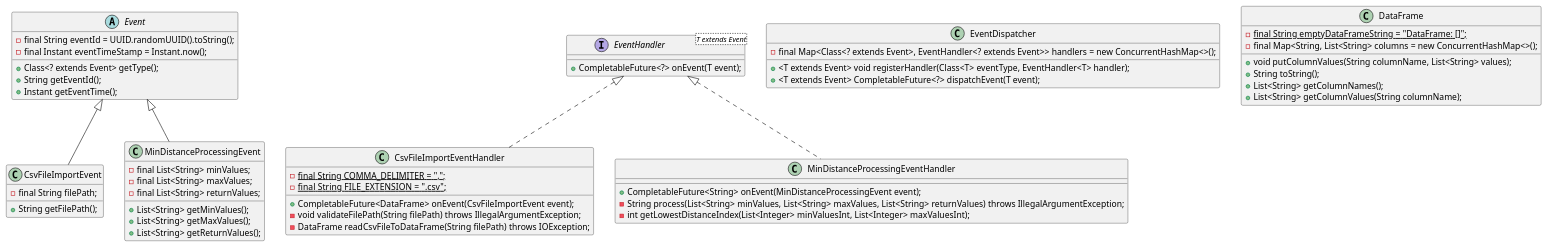
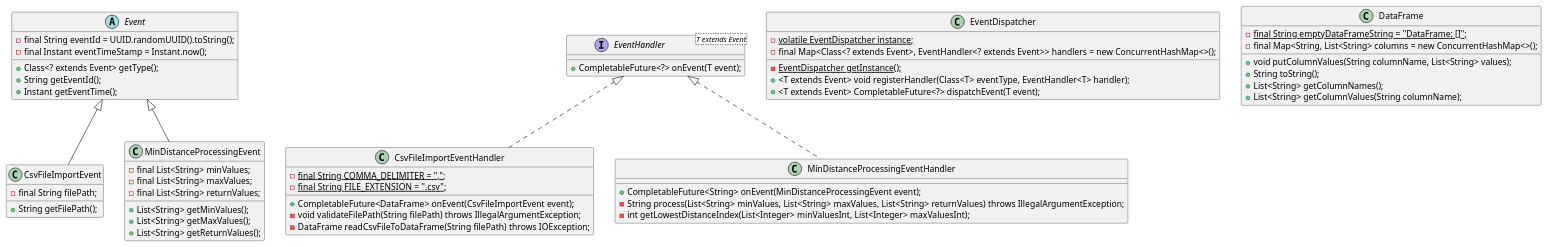
The diagram in docs/architecture.puml (lgndluke/programming-challenge), drawn with PlantUML before and after one commit.

Commit message:
docs(docs/): Added Singleton architecture to EventDispatcher class in architecture.puml.

```diff
--- a/docs/architecture.puml
+++ b/docs/architecture.puml
@@ -1,85 +1,87 @@
 @startuml
 
 ' =======================================================================
 ' Framework - Event driven architecture pattern:
 '
 ' Reference Link:
 ' https://github.com/iluwatar/java-design-patterns/blob/master/event-driven-architecture/README.md
 ' =======================================================================
 
 abstract class Event
 {
     - {field} final String eventId = UUID.randomUUID().toString();
     - {field} final Instant eventTimeStamp = Instant.now();
     + {method} Class<? extends Event> getType();
     + {method} String getEventId();
     + {method} Instant getEventTime();
 }
 
 interface EventHandler<T extends Event>
 {
     + {method} CompletableFuture<?> onEvent(T event);
 }
 
 class EventDispatcher
 {
+    - {field} {static} volatile EventDispatcher instance;
     - {field} final Map<Class<? extends Event>, EventHandler<? extends Event>> handlers = new ConcurrentHashMap<>();
+    - {method} {static} EventDispatcher getInstance();
     + {method} <T extends Event> void registerHandler(Class<T> eventType, EventHandler<T> handler);
     + {method} <T extends Event> CompletableFuture<?> dispatchEvent(T event);
 }
 
 ' =======================================================================
 ' Event / Concern 1 - Importing the .csv file contents:
 ' =======================================================================
 
 class CsvFileImportEvent extends Event
 {
     - {field} final String filePath;
     + {method} String getFilePath();
 }
 
 class CsvFileImportEventHandler implements EventHandler<CsvFileImportEvent>
 {
     - {field} {static} final String COMMA_DELIMITER = ",";
     - {field} {static} final String FILE_EXTENSION  = ".csv";
     + {method} CompletableFuture<DataFrame> onEvent(CsvFileImportEvent event);
     - {method} void validateFilePath(String filePath) throws IllegalArgumentException;
     - {method} DataFrame readCsvFileToDataFrame(String filePath) throws IOException;
 }
 
 ' =======================================================================
 ' Data / Concern 2 - Storing the read file contents in a data structure:
 ' =======================================================================
 
 class DataFrame
 {
     - {field} final {static} String emptyDataFrameString = "DataFrame: []";
     - {field} final Map<String, List<String> columns = new ConcurrentHashMap<>();
     + {method} void putColumnValues(String columnName, List<String> values);
     + {method} String toString();
     + {method} List<String> getColumnNames();
     + {method} List<String> getColumnValues(String columnName);
 }
 
 ' =======================================================================
 ' Event / Concern 3 - Processing converted contents:
 ' =======================================================================
 
 class MinDistanceProcessingEvent extends Event
 {
     - {field} final List<String> minValues;
     - {field} final List<String> maxValues;
     - {field} final List<String> returnValues;
     + {method} List<String> getMinValues();
     + {method} List<String> getMaxValues();
     + {method} List<String> getReturnValues();
 }
 
 class MinDistanceProcessingEventHandler implements EventHandler<MinDistanceProcessingEvent>
 {
     + {method} CompletableFuture<String> onEvent(MinDistanceProcessingEvent event);
     - {method} String process(List<String> minValues, List<String> maxValues, List<String> returnValues) throws IllegalArgumentException;
     - {method} int getLowestDistanceIndex(List<Integer> minValuesInt, List<Integer> maxValuesInt);
 }
 
 @enduml
```
